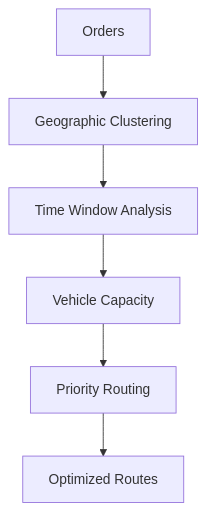
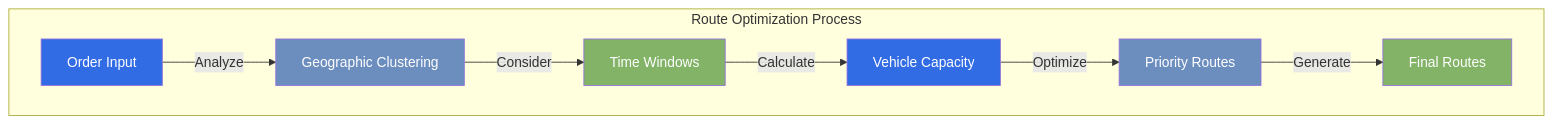
The sixth of 8 diagrams in docs/product/features.md (Dolpheyn/antar), drawn with Mermaid before and after one commit. The commit also changed other lines of this file and 76 other files, not shown here.

````diff
--- a/docs/product/features.md
+++ b/docs/product/features.md
@@ -100,8 +159,17 @@
 ```mermaid
 graph TD
-    A[Orders] --> B[Geographic Clustering]
-    B --> C[Time Window Analysis]
-    C --> D[Vehicle Capacity]
-    D --> E[Priority Routing]
-    E --> F[Optimized Routes]
+    subgraph "Route Optimization Process"
+        A[Order Input] -->|"Analyze"| B[Geographic Clustering]
+        B -->|"Consider"| C[Time Windows]
+        C -->|"Calculate"| D[Vehicle Capacity]
+        D -->|"Optimize"| E[Priority Routes]
+        E -->|"Generate"| F[Final Routes]
+    end
+    
+    style A fill:#326CE5,color:#fff
+    style B fill:#6C8EBF,color:#fff
+    style C fill:#82B366,color:#fff
+    style D fill:#326CE5,color:#fff
+    style E fill:#6C8EBF,color:#fff
+    style F fill:#82B366,color:#fff
 ```
````
